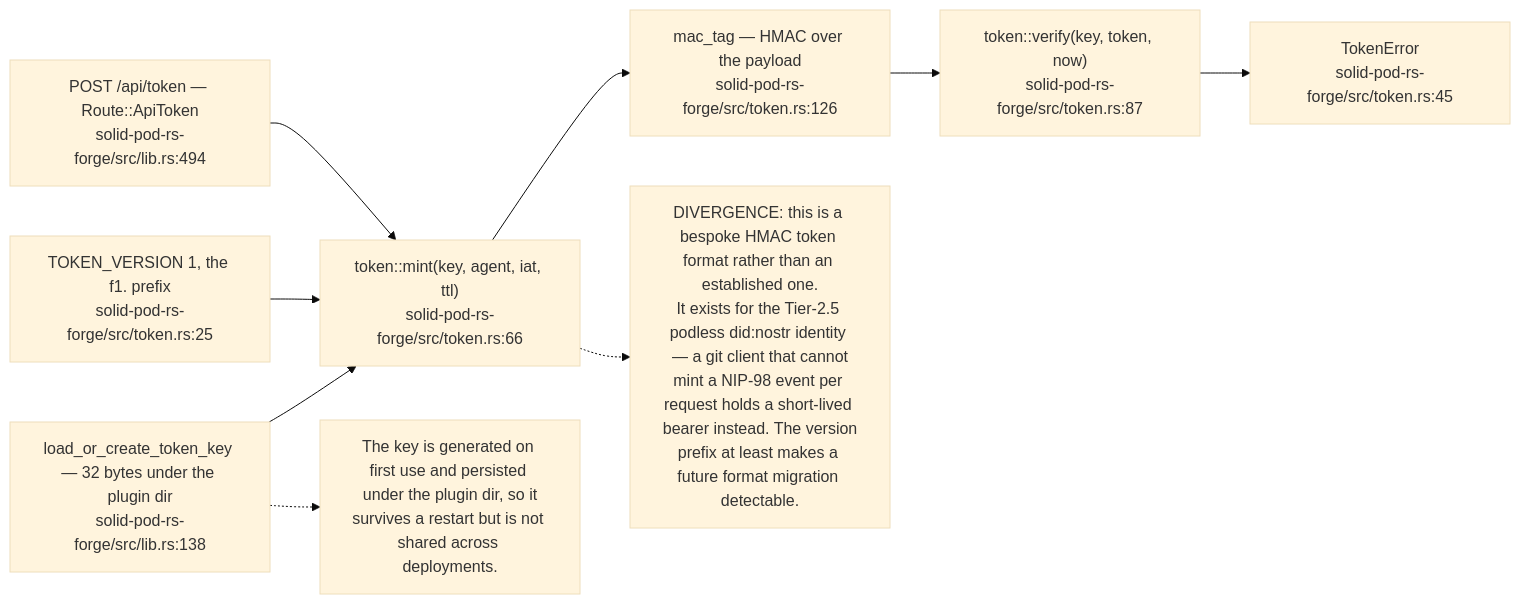
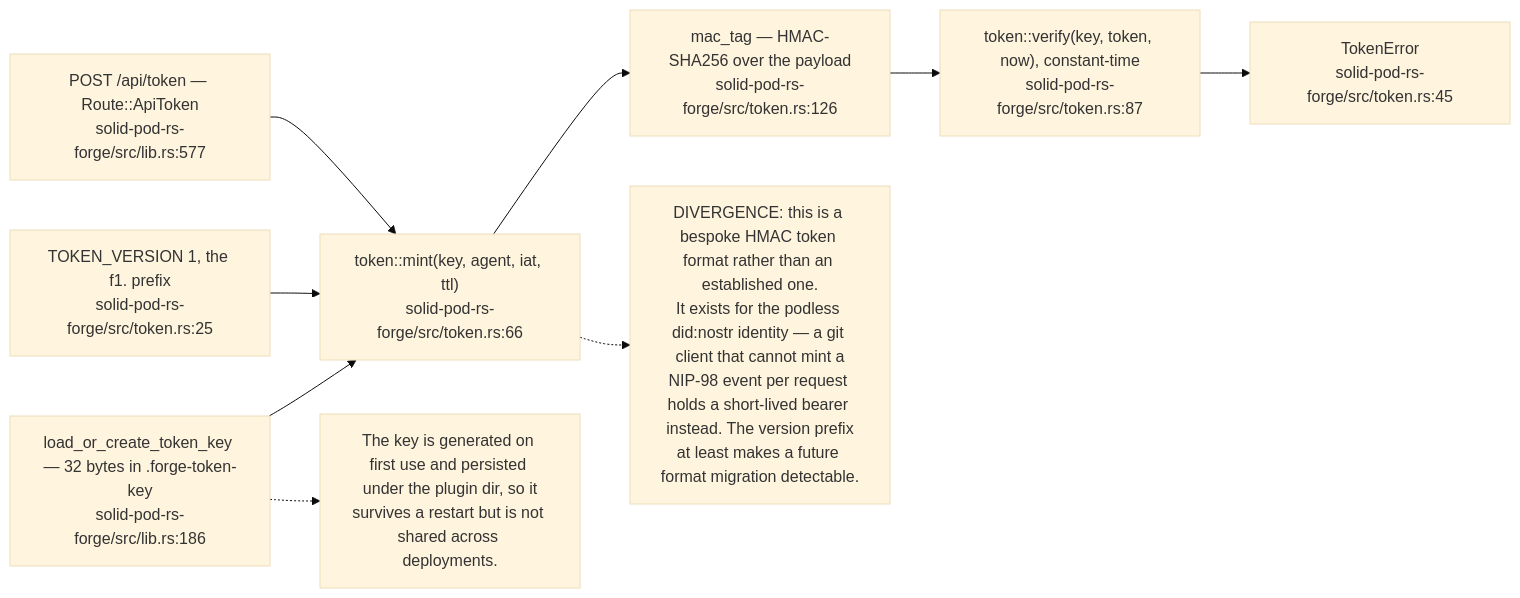
Before and after one commit to DreamLab-AI/VisionFlow: the tenth of 17 diagrams in docs/diagrams/solid-pod-rs/08-federation-notifications-forge-mcp.md, drawn with Mermaid (base theme). The commit also changed other lines of this file and 47 other files, not shown here.

````diff
--- a/docs/diagrams/solid-pod-rs/08-federation-notifications-forge-mcp.md
+++ b/docs/diagrams/solid-pod-rs/08-federation-notifications-forge-mcp.md
@@ -315,20 +376,20 @@
 ```mermaid
 flowchart LR
-    KEY["load_or_create_token_key — 32 bytes under the plugin dir<br/>solid-pod-rs-forge/src/lib.rs:138"]
+    KEY["load_or_create_token_key — 32 bytes in .forge-token-key<br/>solid-pod-rs-forge/src/lib.rs:186"]
     MINT["token::mint(key, agent, iat, ttl)<br/>solid-pod-rs-forge/src/token.rs:66"]
-    VER["token::verify(key, token, now)<br/>solid-pod-rs-forge/src/token.rs:87"]
-    MAC["mac_tag — HMAC over the payload<br/>solid-pod-rs-forge/src/token.rs:126"]
+    VER["token::verify(key, token, now), constant-time<br/>solid-pod-rs-forge/src/token.rs:87"]
+    MAC["mac_tag — HMAC-SHA256 over the payload<br/>solid-pod-rs-forge/src/token.rs:126"]
     V1["TOKEN_VERSION 1, the f1. prefix<br/>solid-pod-rs-forge/src/token.rs:25"]
     ERR["TokenError<br/>solid-pod-rs-forge/src/token.rs:45"]
-    API["POST /api/token — Route::ApiToken<br/>solid-pod-rs-forge/src/lib.rs:494"]
+    API["POST /api/token — Route::ApiToken<br/>solid-pod-rs-forge/src/lib.rs:577"]
 
     KEY --> MINT --> MAC
     V1 --> MINT
     API --> MINT
     MAC --> VER --> ERR
 
-    N["DIVERGENCE: this is a bespoke HMAC token format rather than an established one.<br/>It exists for the Tier-2.5 podless did:nostr identity — a git client that cannot<br/>mint a NIP-98 event per request holds a short-lived bearer instead. The version<br/>prefix at least makes a future format migration detectable."]
+    N["DIVERGENCE: this is a bespoke HMAC token format rather than an established one.<br/>It exists for the podless did:nostr identity — a git client that cannot mint a<br/>NIP-98 event per request holds a short-lived bearer instead. The version prefix<br/>at least makes a future format migration detectable."]
     MINT -.-> N
     N2["The key is generated on first use and persisted under the plugin dir, so it<br/>survives a restart but is not shared across deployments."]
     KEY -.-> N2
 ```
````
